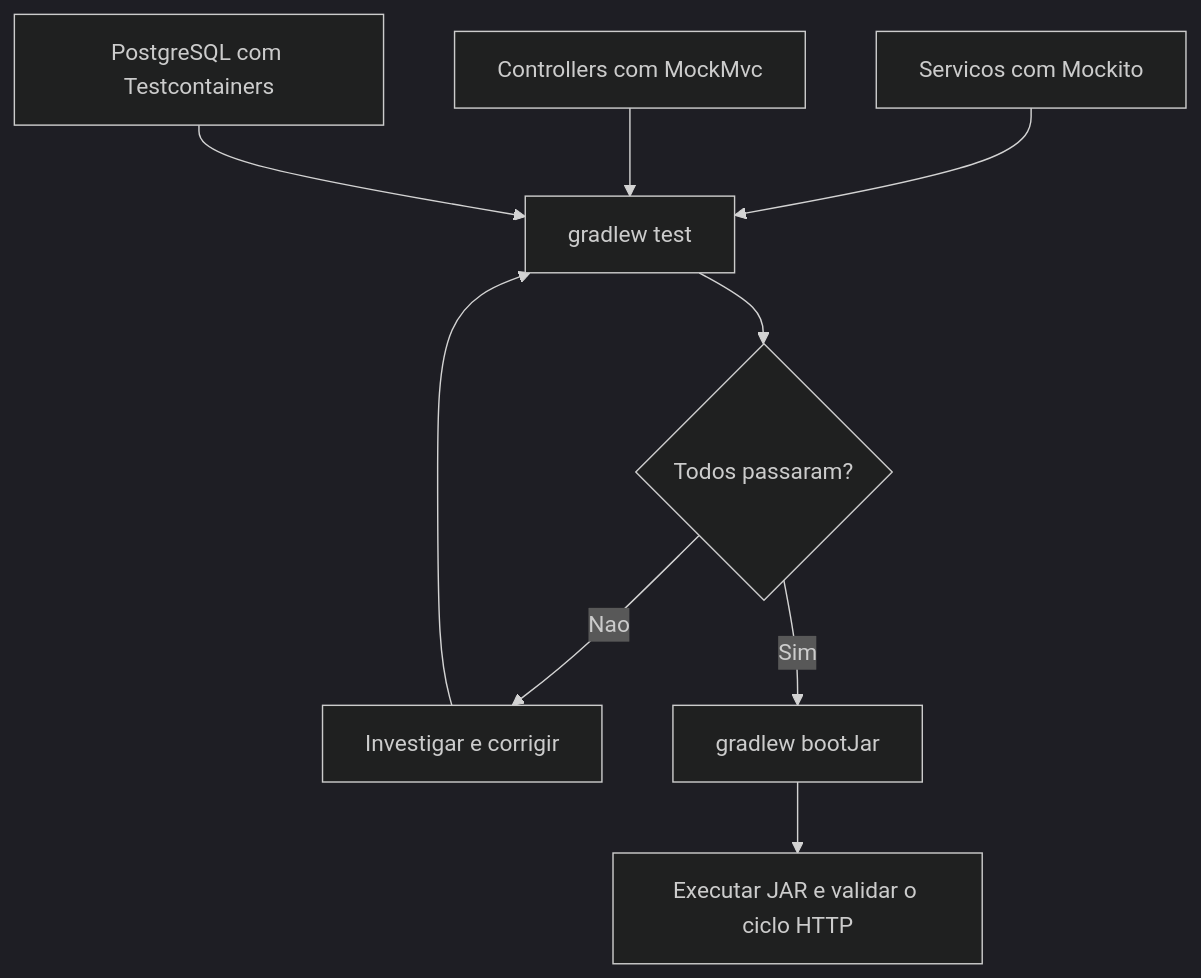
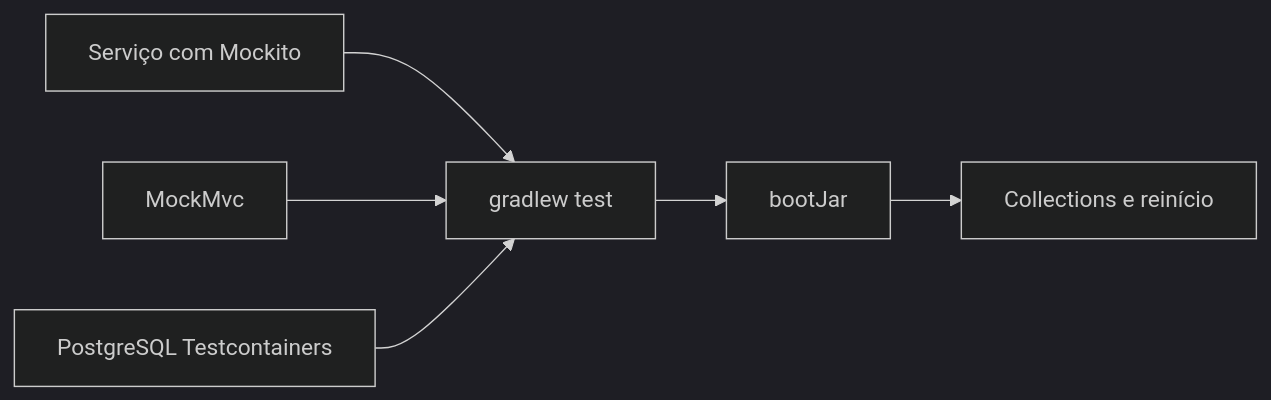
One commit to e24Dev/CaixaDeSugestoes changed the first of 2 diagrams in docs/07-testes-entrega.md. Above: the diagram before and after it, drawn with Mermaid (dark theme). The commit also changed other lines of this file and 17 other files, not shown here.

````diff
--- a/docs/07-testes-entrega.md
+++ b/docs/07-testes-entrega.md
@@ -15,11 +16,8 @@
 ```mermaid
-flowchart TD
-    unit["Servicos com Mockito"] --> suite["gradlew test"]
-    http["Controllers com MockMvc"] --> suite
-    db["PostgreSQL com Testcontainers"] --> suite
-    suite --> sucesso{"Todos passaram?"}
-    sucesso -->|"Nao"| corrigir["Investigar e corrigir"]
-    corrigir --> suite
-    sucesso -->|"Sim"| jar["gradlew bootJar"]
-    jar --> manual["Executar JAR e validar o ciclo HTTP"]
+flowchart LR
+    Unit["Serviço com Mockito"] --> Suite["gradlew test"]
+    HTTP["MockMvc"] --> Suite
+    DB["PostgreSQL Testcontainers"] --> Suite
+    Suite --> JAR["bootJar"]
+    JAR --> Manual["Collections e reinício"]
 ```
````
